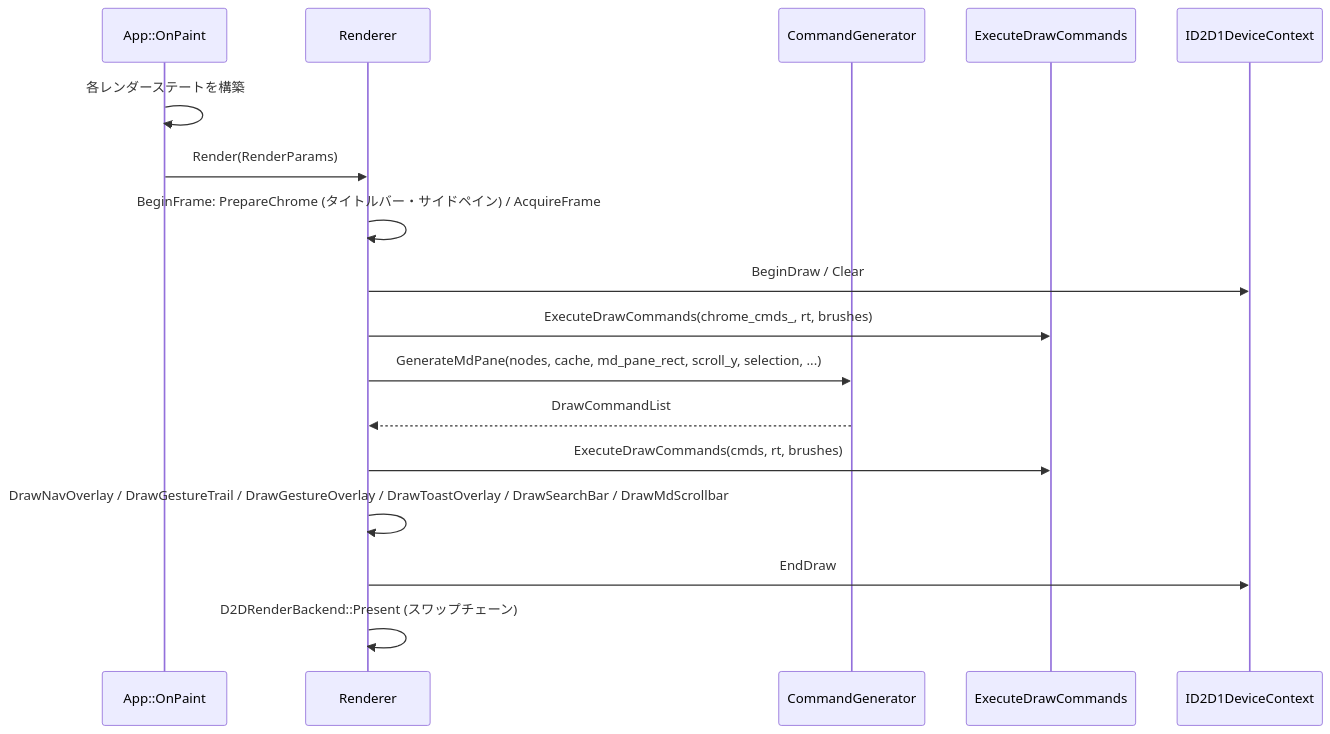
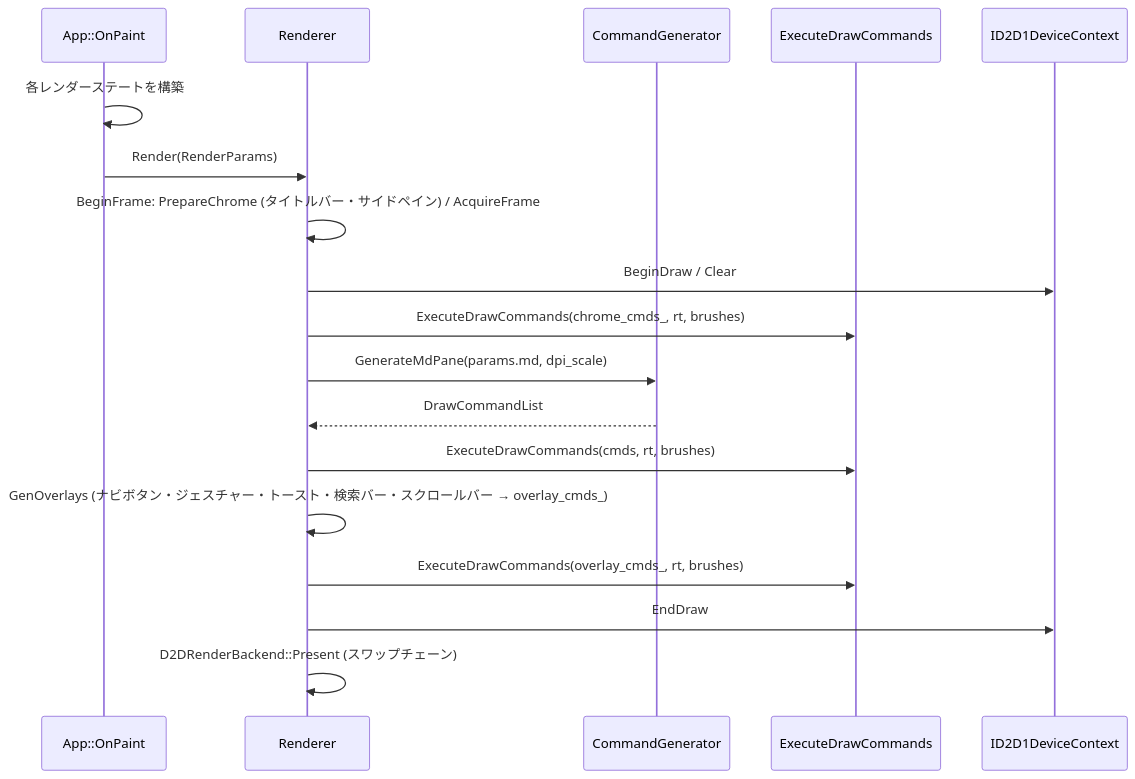
The fifth of 27 diagrams in example/test.md (tanaton/mendo), drawn with Mermaid before and after one commit. The commit also changed other lines of this file and 161 other files, not shown here.

````diff
--- a/example/test.md
+++ b/example/test.md
@@ -767,20 +767,21 @@
 ```mermaid
 sequenceDiagram
     participant APP as App::OnPaint
     participant R as Renderer
     participant CG as CommandGenerator
     participant CE as ExecuteDrawCommands
     participant RT as ID2D1DeviceContext
 
     APP->>APP: 各レンダーステートを構築
     APP->>R: Render(RenderParams)
     R->>R: BeginFrame: PrepareChrome (タイトルバー・サイドペイン) / AcquireFrame
     R->>RT: BeginDraw / Clear
     R->>CE: ExecuteDrawCommands(chrome_cmds_, rt, brushes)
-    R->>CG: GenerateMdPane(nodes, cache, md_pane_rect, scroll_y, selection, ...)
+    R->>CG: GenerateMdPane(params.md, dpi_scale)
     CG-->>R: DrawCommandList
     R->>CE: ExecuteDrawCommands(cmds, rt, brushes)
-    R->>R: DrawNavOverlay / DrawGestureTrail / DrawGestureOverlay / DrawToastOverlay / DrawSearchBar / DrawMdScrollbar
+    R->>R: GenOverlays (ナビボタン・ジェスチャー・トースト・検索バー・スクロールバー → overlay_cmds_)
+    R->>CE: ExecuteDrawCommands(overlay_cmds_, rt, brushes)
     R->>RT: EndDraw
     R->>R: D2DRenderBackend::Present (スワップチェーン)
 ```
````
